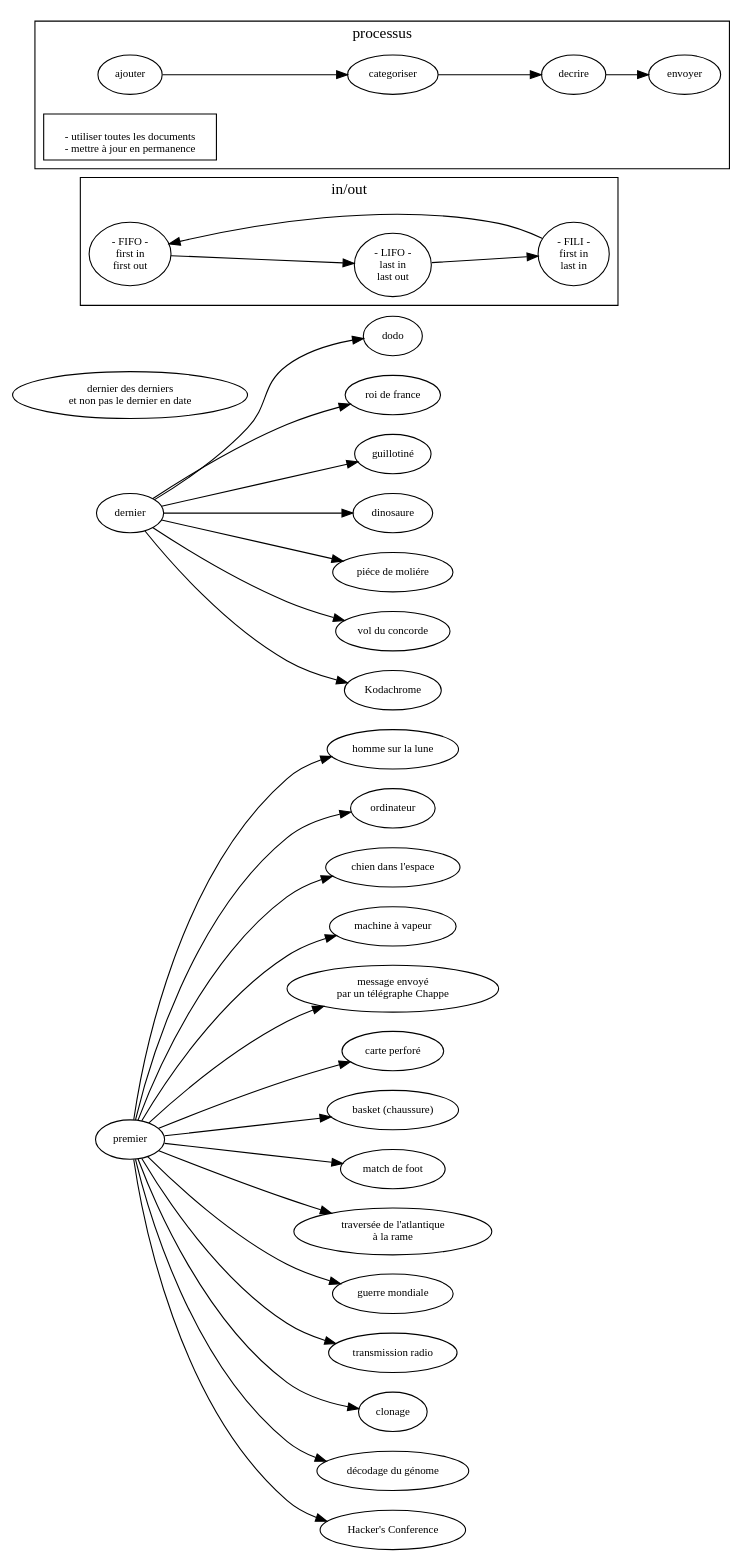
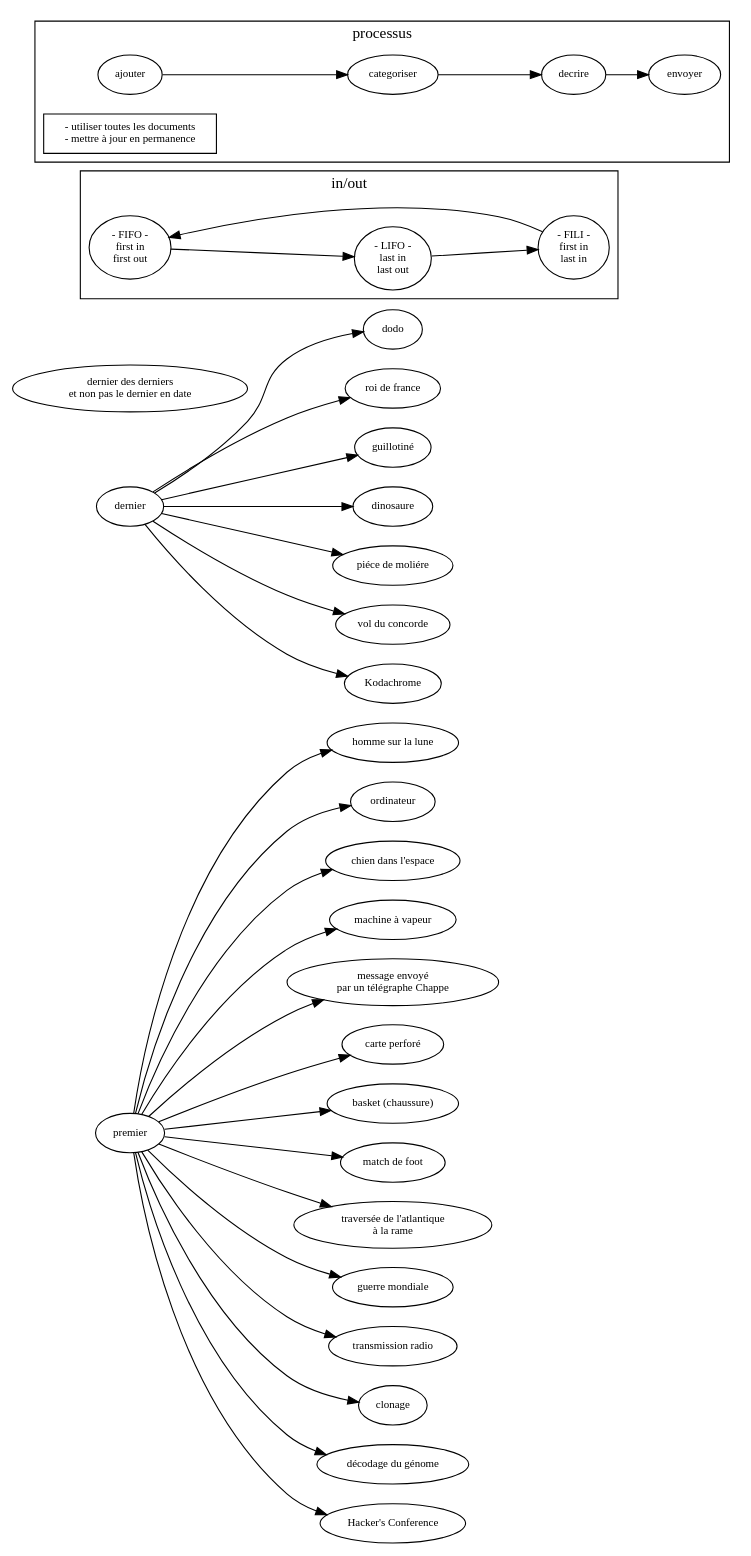
One commit to ensad-nancy/first-last changed the diagram in sujet.dot. Above: the diagram before and after it, drawn with Graphviz.

Commit message:
+		"- utiliser toutes les documents

```diff
--- a/sujet.dot
+++ b/sujet.dot
@@ -1,65 +1,64 @@
 digraph {
 
 	layout= "dot"
 	
 
 	fontname="myriadpro"
 	fontsize = 14
 	rankdir="LR"
 	
 	
 	node [fontname="myriadpro", fontsize = 10]
 	edge [fontname="monaco", fontsize = 9]
 	
 	first [label="premier"]
 	last [label="dernier"]
 	
 	"dernier des derniers\n et non pas le dernier en date" 
 
 	first -> "homme sur la lune"
 	first -> "ordinateur"
 	first -> "chien dans l'espace"
 	first -> "machine à vapeur"
 	first -> "message envoyé\npar un télégraphe Chappe"
 	first -> "carte perforé"
 	first -> "basket (chaussure)"
 	first -> "match de foot"
 	first -> "traversée de l'atlantique\nà la rame"
 	first -> "guerre mondiale"
 	first -> "transmission radio"
 	first -> "clonage"
 	first -> "décodage du génome"
 	first -> "Hacker's Conference"
 	
 	last -> dodo
 	last -> "roi de france"
 	last -> "guillotiné"
 	last -> "dinosaure"
 	last -> "piéce de moliére"
 	last -> "vol du concorde"
 	last -> "Kodachrome"
 
 	subgraph cluster_FO{
 	
 		label="in/out"
 		
 		FIFO [label="- FIFO -\nfirst in\nfirst out"]
 		LIFO [label="- LIFO -\nlast in\nlast out"]
 		FILI [label="- FILI -\nfirst in\n last in"]
 
 		FILI -> FIFO -> LIFO -> FILI
 	}
 	
 	subgraph cluster_process {
 		
 		label="processus"
 		
 		//get [label="récolter"]
 		
 		ajouter -> categoriser -> decrire -> envoyer
 		
-		"
-- utiliser toutes les documents
+		"- utiliser toutes les documents
 - mettre à jour en permanence" [ shape=box]
 	}
 }
```
